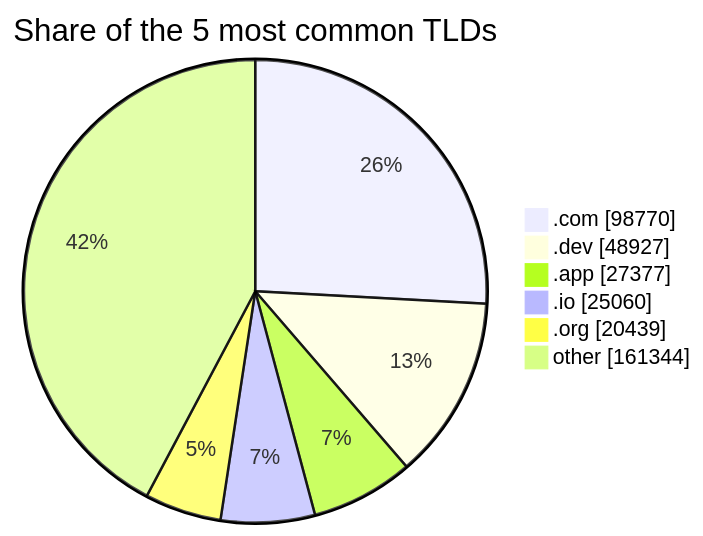
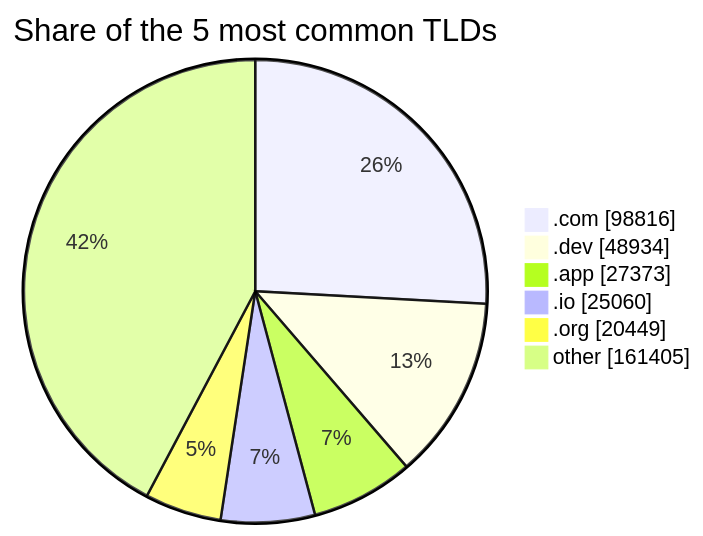
The third of 3 diagrams in README.md (DNSBunker/CTI), drawn with Mermaid before and after one commit. The commit also changed other lines of this file and 3 other files, not shown here.

````diff
--- a/README.md
+++ b/README.md
@@ -81,9 +81,9 @@
 ```mermaid
 pie showData title Share of the 5 most common TLDs
-    ".com" : 98770
-    ".dev" : 48927
-    ".app" : 27377
+    ".com" : 98816
+    ".dev" : 48934
+    ".app" : 27373
     ".io" : 25060
-    ".org" : 20439
-    "other" : 161344
+    ".org" : 20449
+    "other" : 161405
 ```
````
